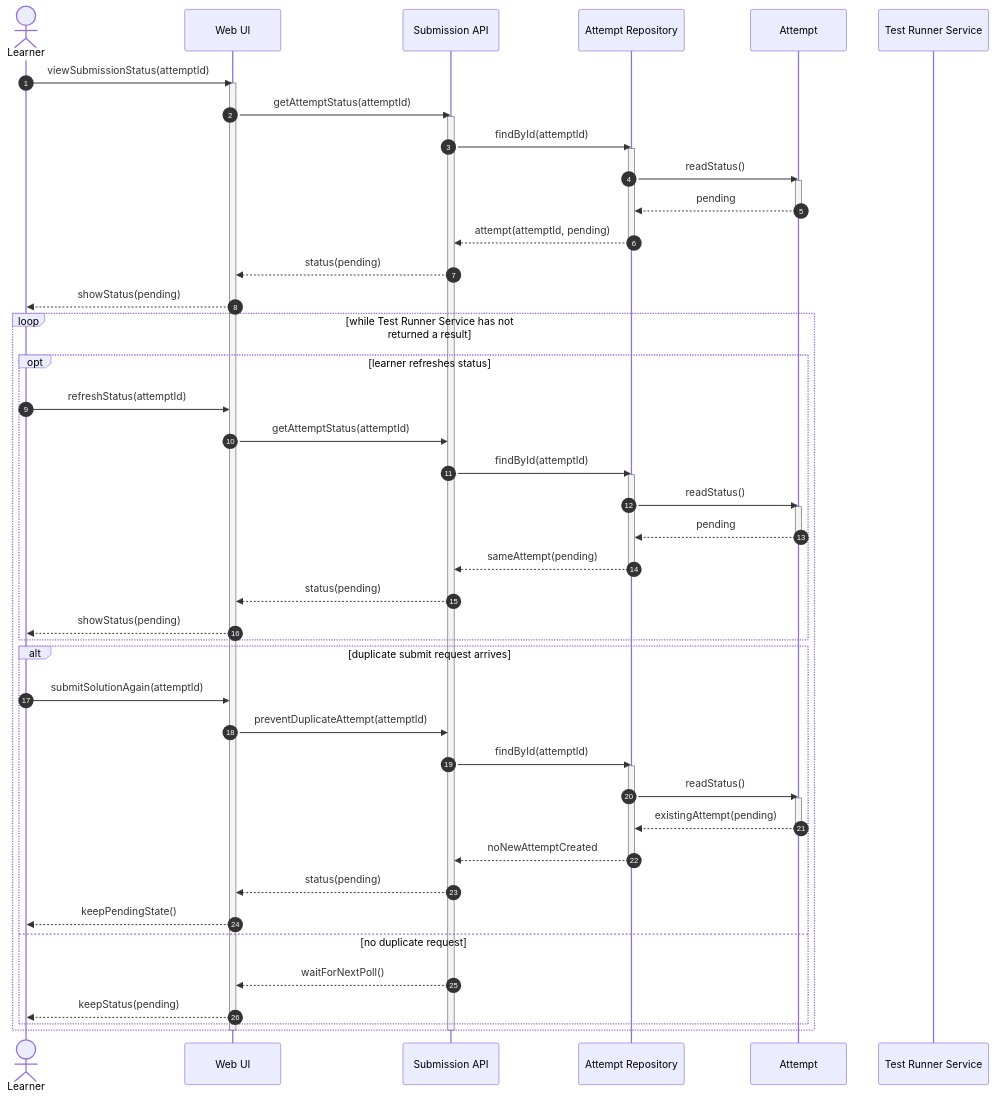
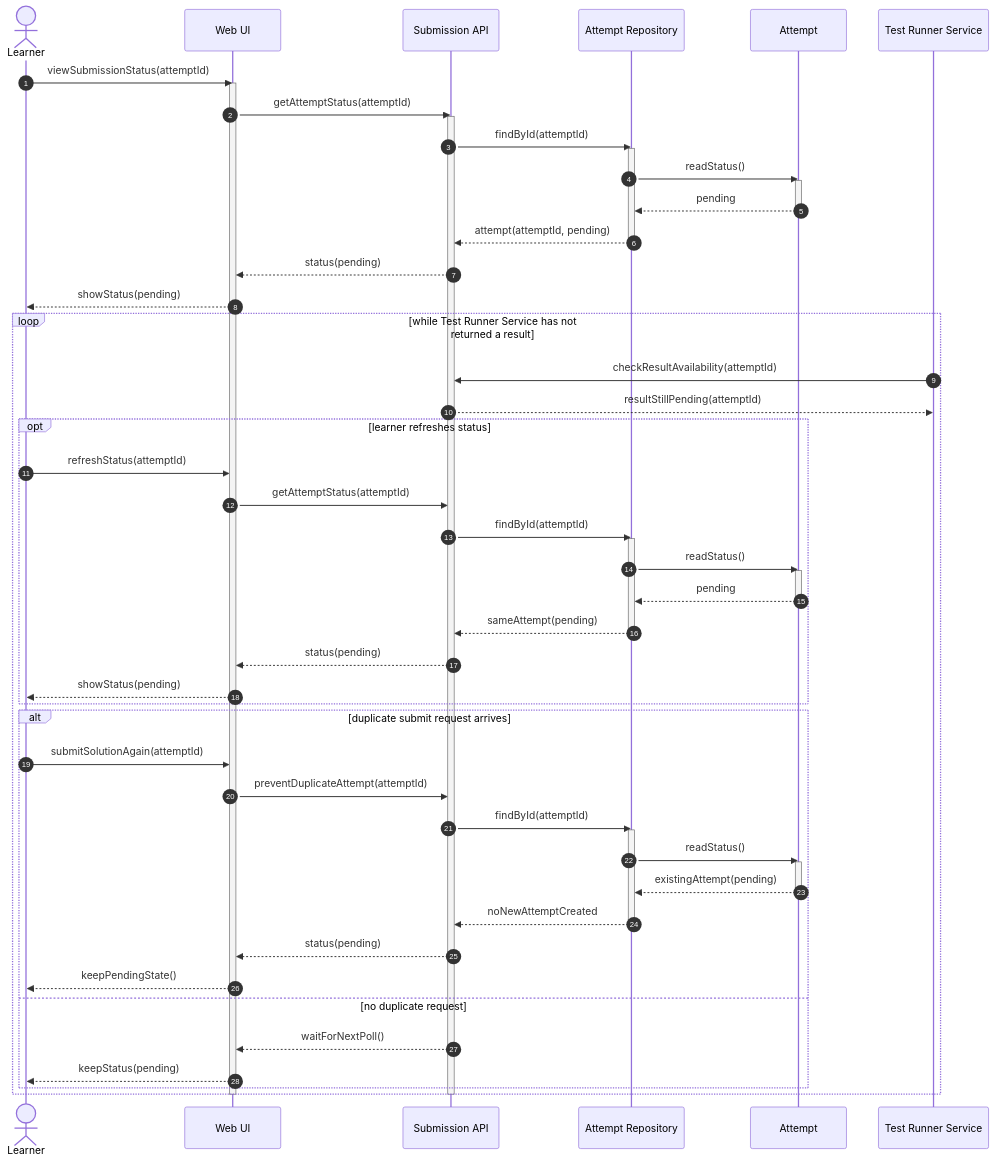
Before and after one commit to darkrealll/lab-kpi: the diagram in laba 3/model/sc-04-pending-attempt.mmd, drawn with Mermaid. The commit also changed 5 other files, not shown here.

Commit message:
Align ADR and AI trace with sequence scenarios

```diff
--- a/laba 3/model/sc-04-pending-attempt.mmd
+++ b/laba 3/model/sc-04-pending-attempt.mmd
@@ -1,61 +1,64 @@
 sequenceDiagram
     autonumber
     actor Learner
     participant UI as Web UI
     participant API as Submission API
     participant AttemptRepo as Attempt Repository
     participant Attempt
     participant Runner as Test Runner Service
 
     Learner->>UI: viewSubmissionStatus(attemptId)
     activate UI
     UI->>API: getAttemptStatus(attemptId)
     activate API
     API->>AttemptRepo: findById(attemptId)
     activate AttemptRepo
     AttemptRepo->>Attempt: readStatus()
     activate Attempt
     Attempt-->>AttemptRepo: pending
     deactivate Attempt
     AttemptRepo-->>API: attempt(attemptId, pending)
     deactivate AttemptRepo
     API-->>UI: status(pending)
     UI-->>Learner: showStatus(pending)
 
     loop while Test Runner Service has not returned a result
+        Runner->>API: checkResultAvailability(attemptId)
+        API-->>Runner: resultStillPending(attemptId)
+
         opt learner refreshes status
             Learner->>UI: refreshStatus(attemptId)
             UI->>API: getAttemptStatus(attemptId)
             API->>AttemptRepo: findById(attemptId)
             activate AttemptRepo
             AttemptRepo->>Attempt: readStatus()
             activate Attempt
             Attempt-->>AttemptRepo: pending
             deactivate Attempt
             AttemptRepo-->>API: sameAttempt(pending)
             deactivate AttemptRepo
             API-->>UI: status(pending)
             UI-->>Learner: showStatus(pending)
         end
 
         alt duplicate submit request arrives
             Learner->>UI: submitSolutionAgain(attemptId)
             UI->>API: preventDuplicateAttempt(attemptId)
             API->>AttemptRepo: findById(attemptId)
             activate AttemptRepo
             AttemptRepo->>Attempt: readStatus()
             activate Attempt
             Attempt-->>AttemptRepo: existingAttempt(pending)
             deactivate Attempt
             AttemptRepo-->>API: noNewAttemptCreated
             deactivate AttemptRepo
             API-->>UI: status(pending)
             UI-->>Learner: keepPendingState()
         else no duplicate request
             API-->>UI: waitForNextPoll()
             UI-->>Learner: keepStatus(pending)
         end
     end
 
     deactivate API
     deactivate UI
```
